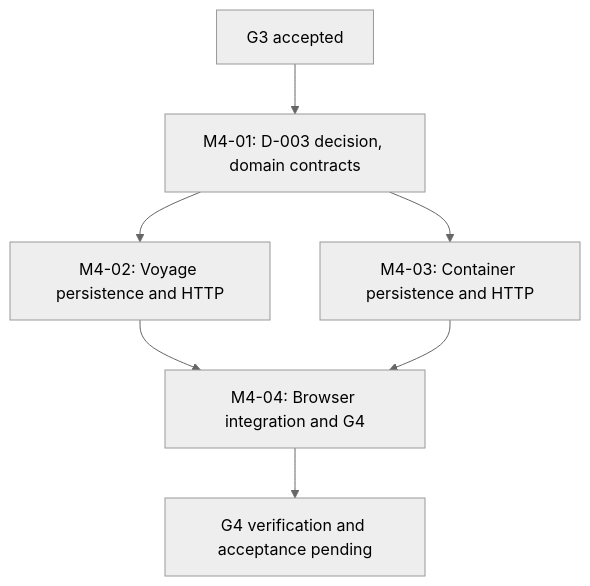
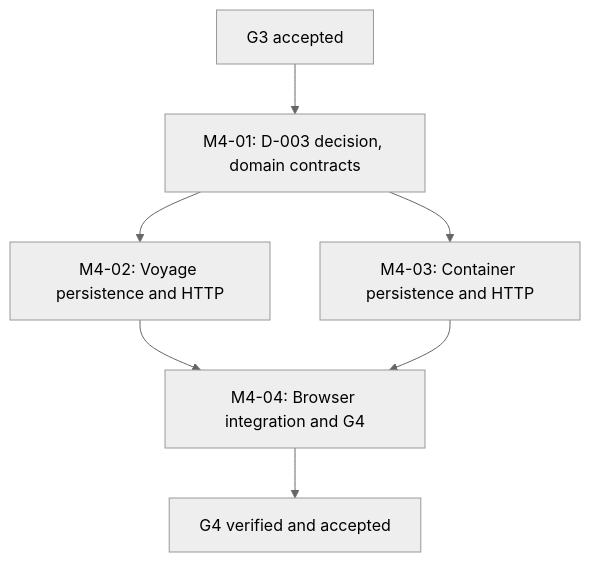
The diagram in docs/M4_IMPLEMENTATION_PLAN.md (ekamal22/HarborOps-Enterprise-Maritime-Logistics-IT-Operations-Platform), drawn with Mermaid (neutral theme) before and after one commit. The commit also changed other lines of this file and 9 other files, not shown here.

Commit message:
Reconcile accepted M4 baseline across product and architecture records [skip ci]

````diff
--- a/docs/M4_IMPLEMENTATION_PLAN.md
+++ b/docs/M4_IMPLEMENTATION_PLAN.md
@@ -12,9 +12,9 @@
 ```mermaid
 flowchart TD
   G3["G3 accepted"] --> D["M4-01: D-003 decision, domain contracts"]
   D --> V["M4-02: Voyage persistence and HTTP"]
   D --> C["M4-03: Container persistence and HTTP"]
   V --> U["M4-04: Browser integration and G4"]
   C --> U
-  U --> G4["G4 verification and acceptance pending"]
+  U --> G4["G4 verified and accepted"]
 ```
````
